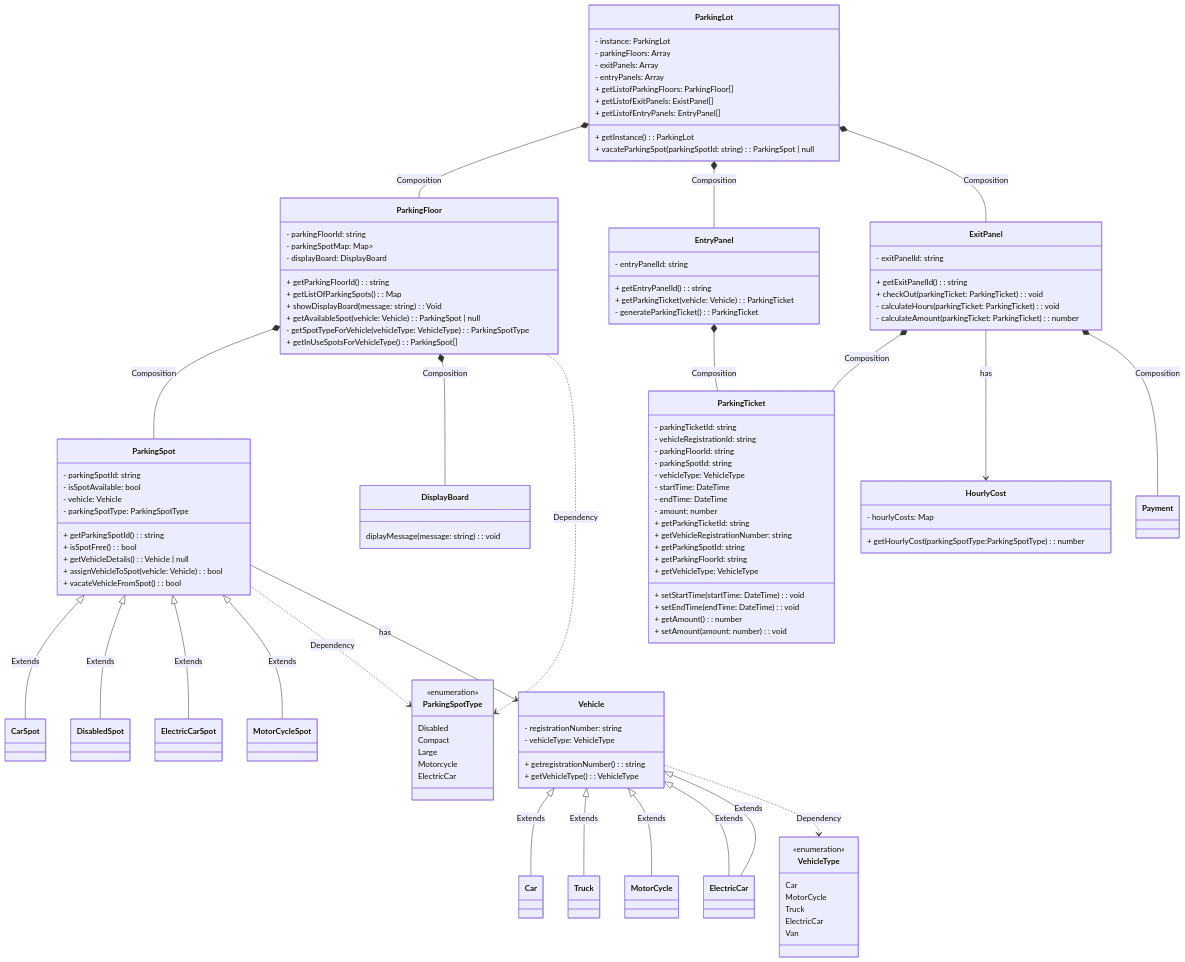
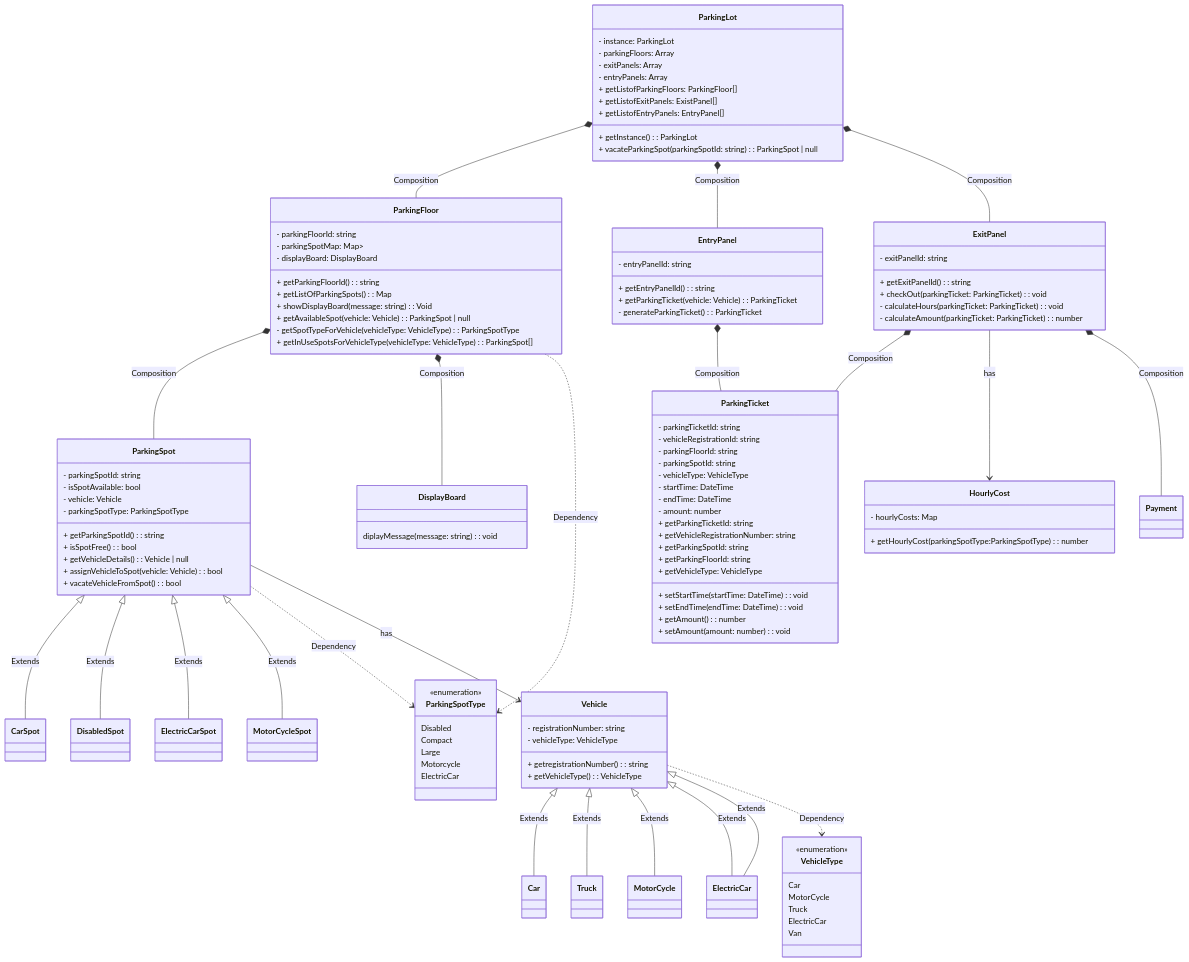
The diagram in ParkingLot/ReadMe.md (vinaycchndra/Python_LLDs), drawn with Mermaid before and after one commit.

```diff
--- a/ParkingLot/ReadMe.md
+++ b/ParkingLot/ReadMe.md
@@ -33,7 +33,7 @@
 + showDisplayBoard(message: string): Void
 + getAvailableSpot(vehicle: Vehicle): ParkingSpot | null
 - getSpotTypeForVehicle(vehicleType: VehicleType): ParkingSpotType
-+ getInUseSpotsForVehicleType(): ParkingSpot[]
++ getInUseSpotsForVehicleType(vehicleType: VehicleType): ParkingSpot[]
 }
 
  ParkingFloor *-- ParkingSpot: Composition
```
